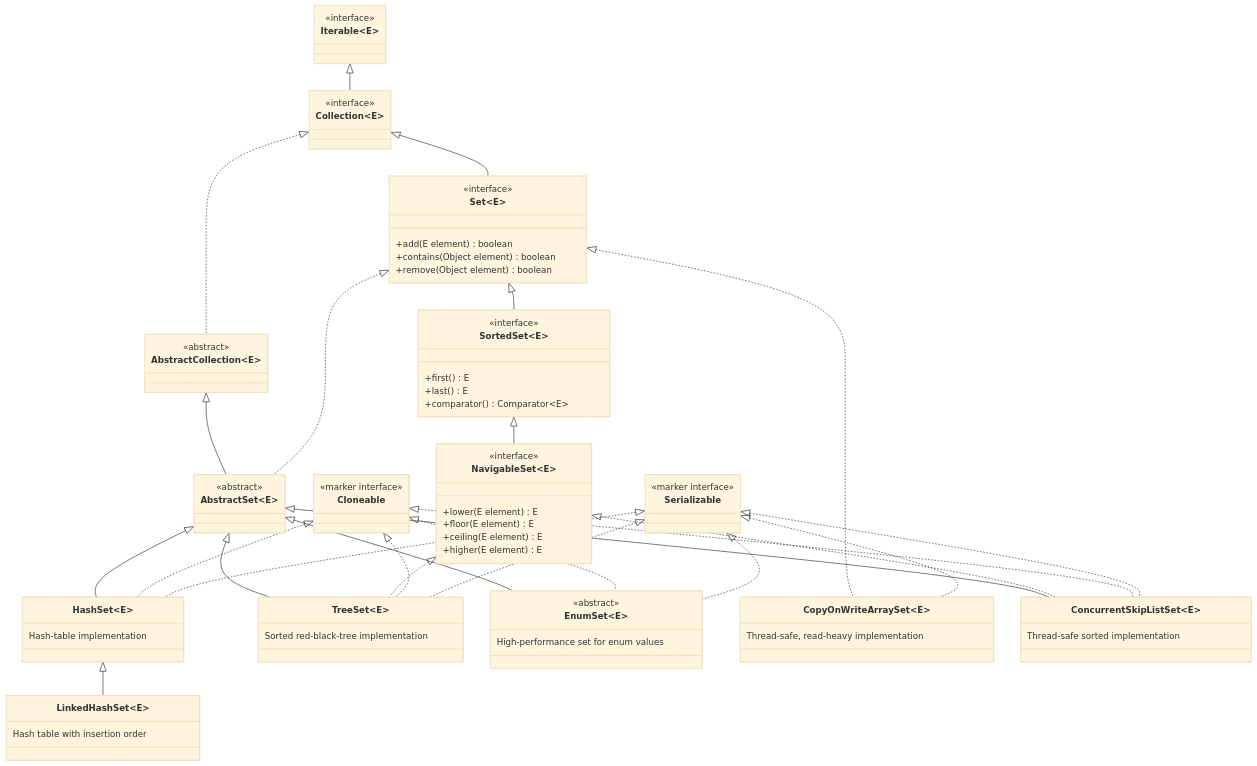
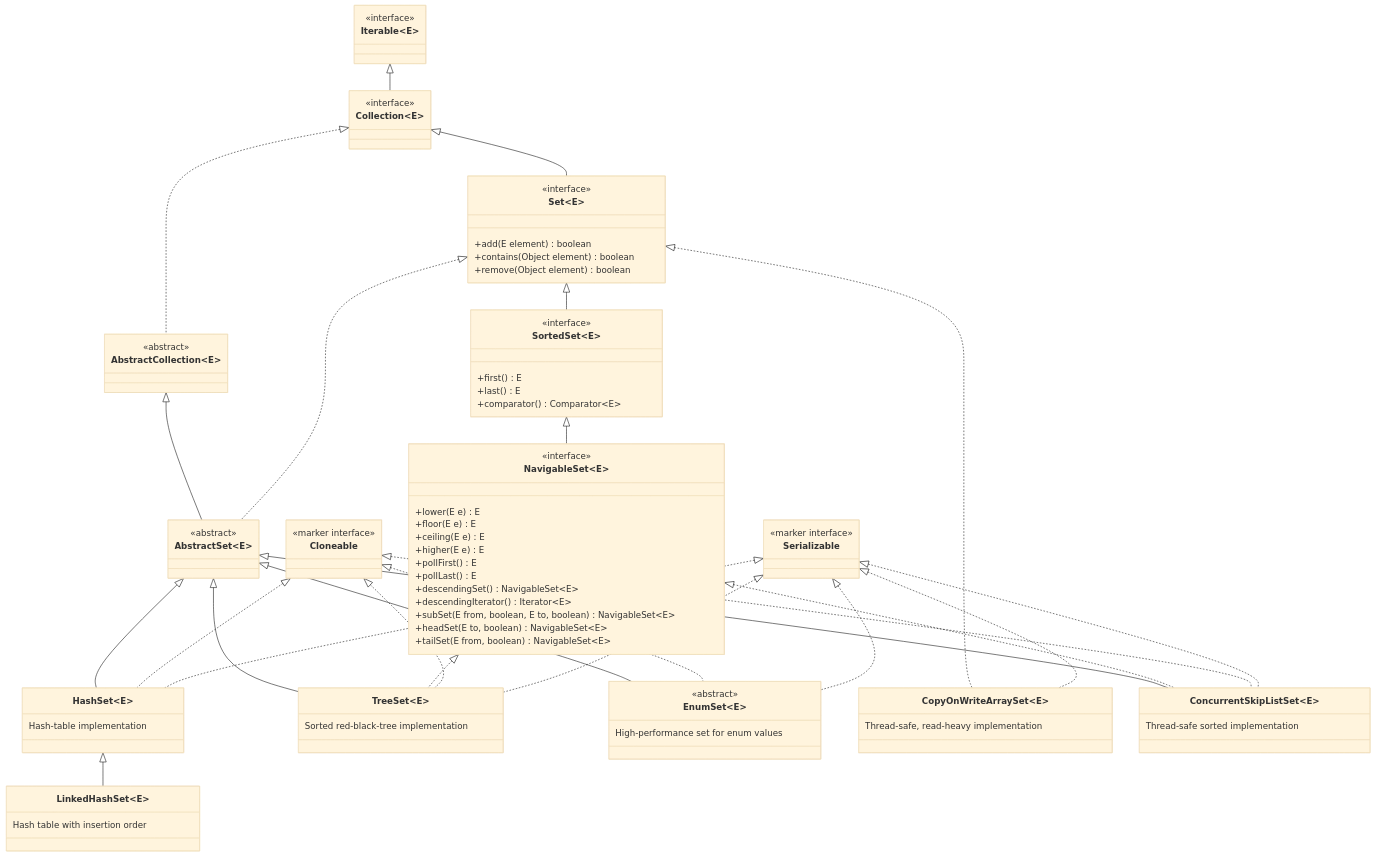
One commit to chaitussm/Java-Project changed the eighth of 40 diagrams in docs/concepts/collections/collections.md. Above: the diagram before and after it, drawn with Mermaid (base theme). The commit also changed other lines of this file, not shown here.

First line of the commit message:
Expand NavigableSet docs: line-by-line demonstrateNavigableSet()

```diff
--- a/docs/concepts/collections/collections.md
+++ b/docs/concepts/collections/collections.md
@@ -916,10 +924,17 @@
 
   class NavigableSet~E~ {
     <<interface>>
-    +lower(E element) E
-    +floor(E element) E
-    +ceiling(E element) E
-    +higher(E element) E
+    +lower(E e) E
+    +floor(E e) E
+    +ceiling(E e) E
+    +higher(E e) E
+    +pollFirst() E
+    +pollLast() E
+    +descendingSet() NavigableSet~E~
+    +descendingIterator() Iterator~E~
+    +subSet(E from, boolean, E to, boolean) NavigableSet~E~
+    +headSet(E to, boolean) NavigableSet~E~
+    +tailSet(E from, boolean) NavigableSet~E~
   }
 
   class Cloneable {
```
